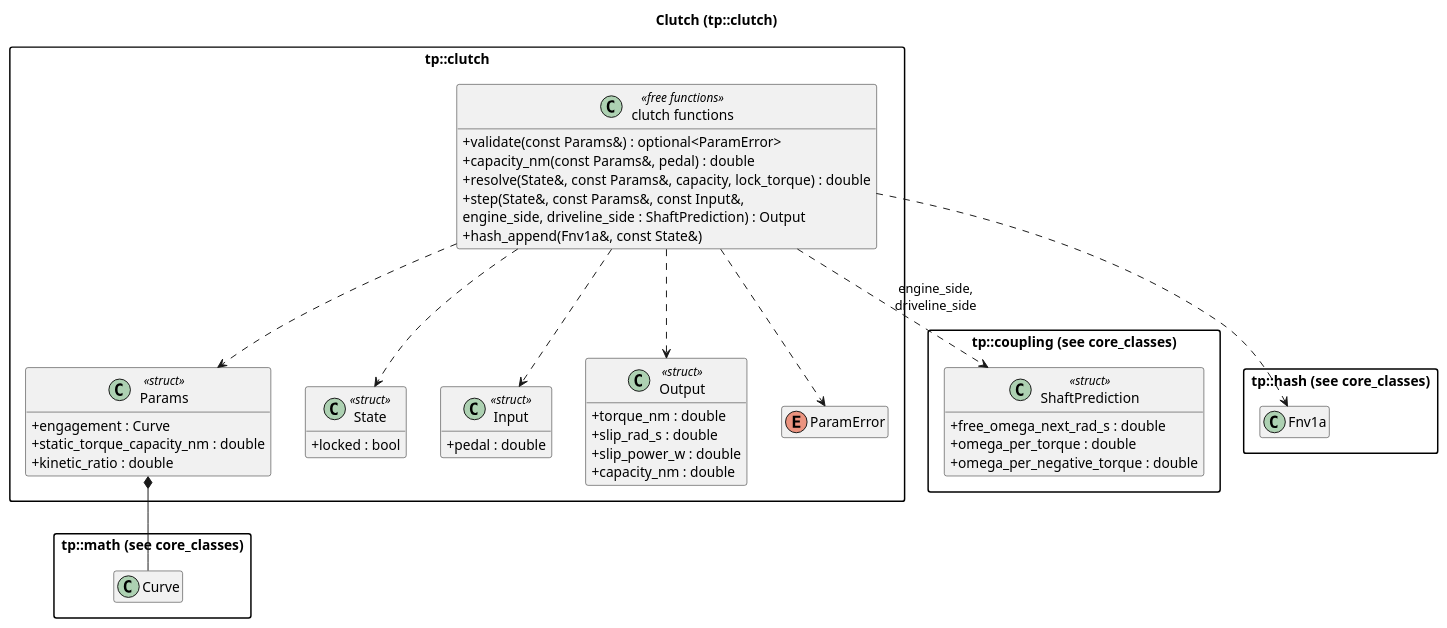
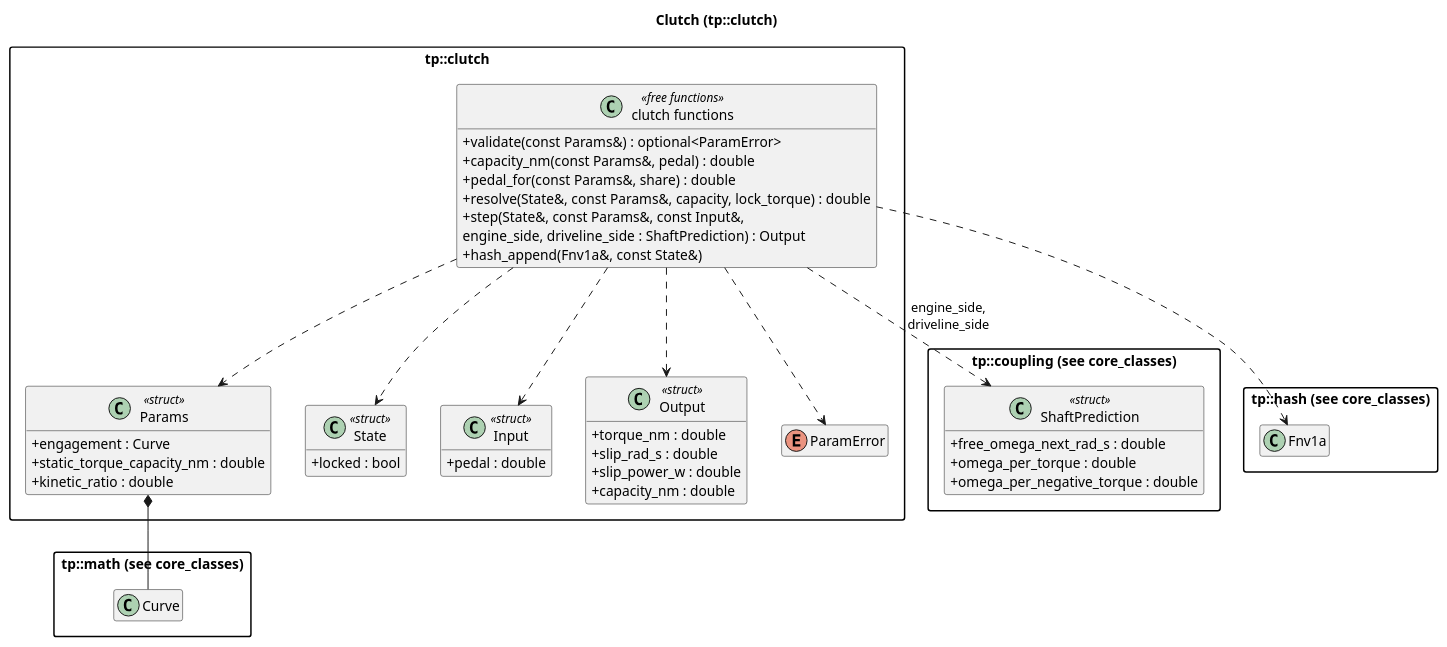
One commit to wversteeg/TractorPulling changed the diagram in docs/diagrams/clutch_classes.puml. Above: the diagram before and after it, drawn with PlantUML. The commit also changed 20 other files, not shown here.

```diff
--- a/docs/diagrams/clutch_classes.puml
+++ b/docs/diagrams/clutch_classes.puml
@@ -1,58 +1,59 @@
 @startuml clutch_classes
 title Clutch (tp::clutch)
 hide empty members
 skinparam packageStyle rectangle
 skinparam classAttributeIconSize 0
 
 package "tp::math (see core_classes)" {
   class Curve
 }
 package "tp::coupling (see core_classes)" {
   class ShaftPrediction <<struct>> {
     +free_omega_next_rad_s : double
     +omega_per_torque : double
     +omega_per_negative_torque : double
   }
 }
 package "tp::hash (see core_classes)" {
   class Fnv1a
 }
 
   package "tp::clutch" {
     class "Params" as ClutchParams <<struct>> {
       +engagement : Curve
       +static_torque_capacity_nm : double
       +kinetic_ratio : double
     }
     class "State" as ClutchState <<struct>> {
       +locked : bool
     }
     class "Input" as ClutchInput <<struct>> {
       +pedal : double
     }
     class "Output" as ClutchOutput <<struct>> {
       +torque_nm : double
       +slip_rad_s : double
       +slip_power_w : double
       +capacity_nm : double
     }
     enum "ParamError" as ClutchParamError
     class "clutch functions" as ClutchFns <<free functions>> {
       +validate(const Params&) : optional<ParamError>
       +capacity_nm(const Params&, pedal) : double
+      +pedal_for(const Params&, share) : double
       +resolve(State&, const Params&, capacity, lock_torque) : double
       +step(State&, const Params&, const Input&,
             engine_side, driveline_side : ShaftPrediction) : Output
       +hash_append(Fnv1a&, const State&)
     }
     ClutchParams *-- Curve
     ClutchFns ..> ClutchParams
     ClutchFns ..> ClutchState
     ClutchFns ..> ClutchInput
     ClutchFns ..> ClutchOutput
     ClutchFns ..> ClutchParamError
   }
 
 ClutchFns ..> ShaftPrediction : engine_side,\ndriveline_side
 ClutchFns ..> Fnv1a
 @enduml
```
